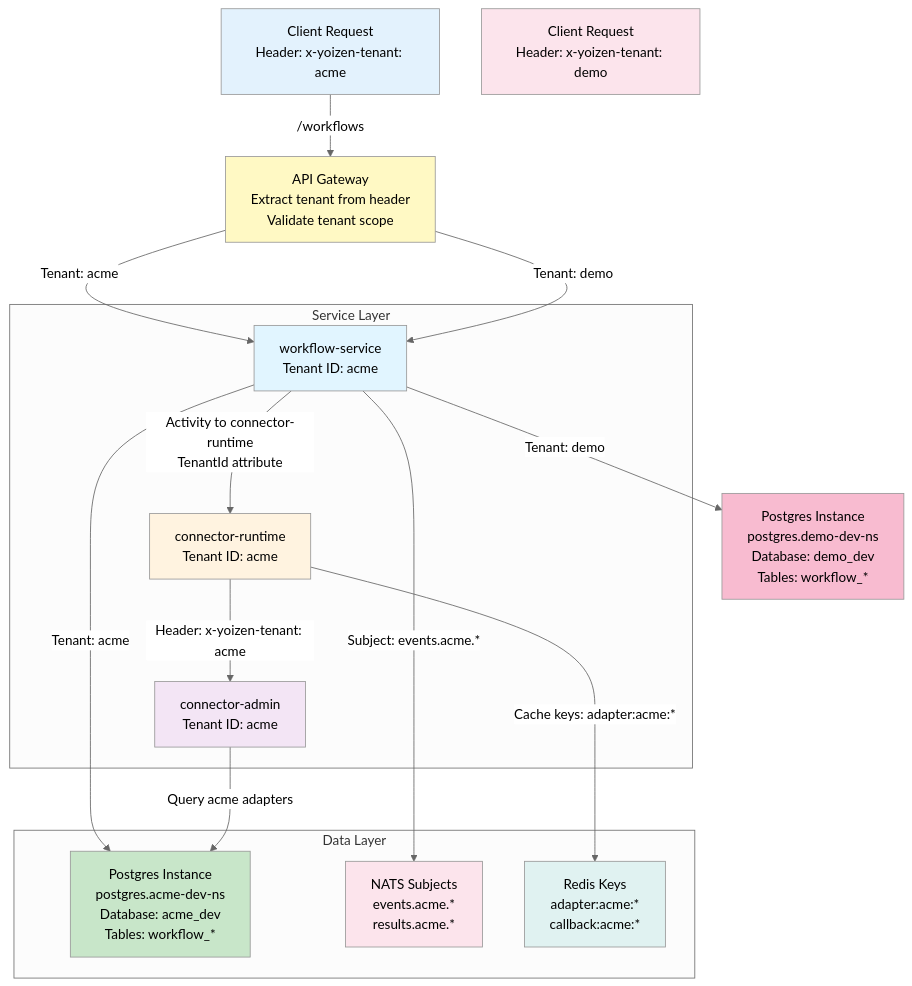
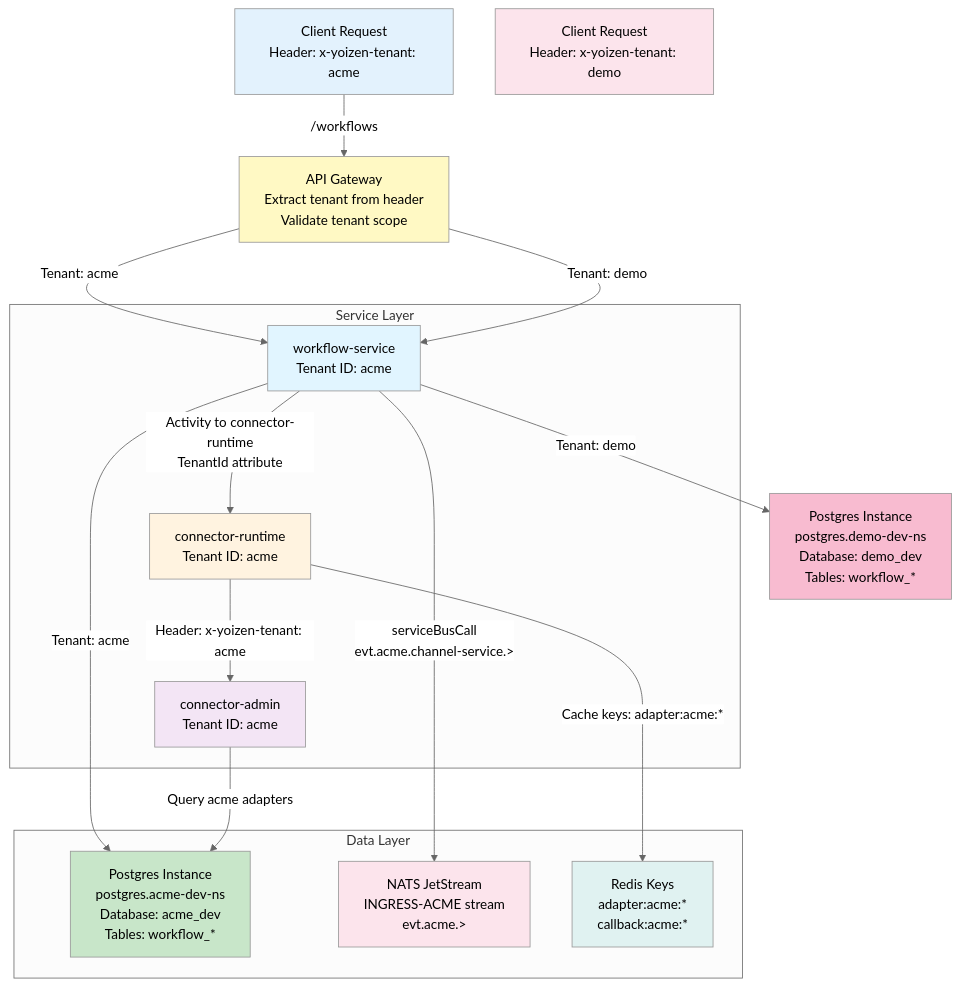
The fourth of 9 diagrams in DOCS/11-SERVICE-ARCHITECTURE-DIAGRAM.md (ccarnero/colloqui), drawn with Mermaid (neutral theme) before and after one commit. The commit also changed other lines of this file and 857 other files, not shown here.

````diff
--- a/DOCS/11-SERVICE-ARCHITECTURE-DIAGRAM.md
+++ b/DOCS/11-SERVICE-ARCHITECTURE-DIAGRAM.md
@@ -208,44 +208,44 @@
 ```mermaid
 graph TB
     CLIENT["Client Request<br/>Header: x-yoizen-tenant: acme"]
     
     GATEWAY["API Gateway<br/>Extract tenant from header<br/>Validate tenant scope"]
     
     subgraph "Service Layer"
         WF["workflow-service<br/>Tenant ID: acme"]
         HA["connector-runtime<br/>Tenant ID: acme"]
         ADA["connector-admin<br/>Tenant ID: acme"]
     end
     
     subgraph "Data Layer"
         PG_ACME["Postgres Instance<br/>postgres.acme-dev-ns<br/>Database: acme_dev<br/>Tables: workflow_*"]
-        NATS_ACME["NATS Subjects<br/>events.acme.*<br/>results.acme.*"]
+        NATS_ACME["NATS JetStream<br/>INGRESS-ACME stream<br/>evt.acme.>"]
         REDIS_ACME["Redis Keys<br/>adapter:acme:*<br/>callback:acme:*"]
     end
     
     CLIENT -->|/workflows| GATEWAY
     GATEWAY -->|Tenant: acme| WF
     WF -->|Tenant: acme| PG_ACME
-    WF -->|Subject: events.acme.*| NATS_ACME
+    WF -->|serviceBusCall<br/>evt.acme.channel-service.>| NATS_ACME
     WF -->|Activity to connector-runtime<br/>TenantId attribute| HA
     
     HA -->|Header: x-yoizen-tenant: acme| ADA
     ADA -->|Query acme adapters| PG_ACME
     
     HA -->|Cache keys: adapter:acme:*| REDIS_ACME
     
     CLIENT2["Client Request<br/>Header: x-yoizen-tenant: demo"]
     GATEWAY -->|Tenant: demo| WF
     WF -->|Tenant: demo| PG_DEMO["Postgres Instance<br/>postgres.demo-dev-ns<br/>Database: demo_dev<br/>Tables: workflow_*"]
     
     style CLIENT fill:#e3f2fd
     style CLIENT2 fill:#fce4ec
     style GATEWAY fill:#fff9c4
     style WF fill:#e1f5ff
     style HA fill:#fff3e0
     style ADA fill:#f3e5f5
     style PG_ACME fill:#c8e6c9
     style PG_DEMO fill:#f8bbd0
     style NATS_ACME fill:#fce4ec
     style REDIS_ACME fill:#e0f2f1
 ```
````
